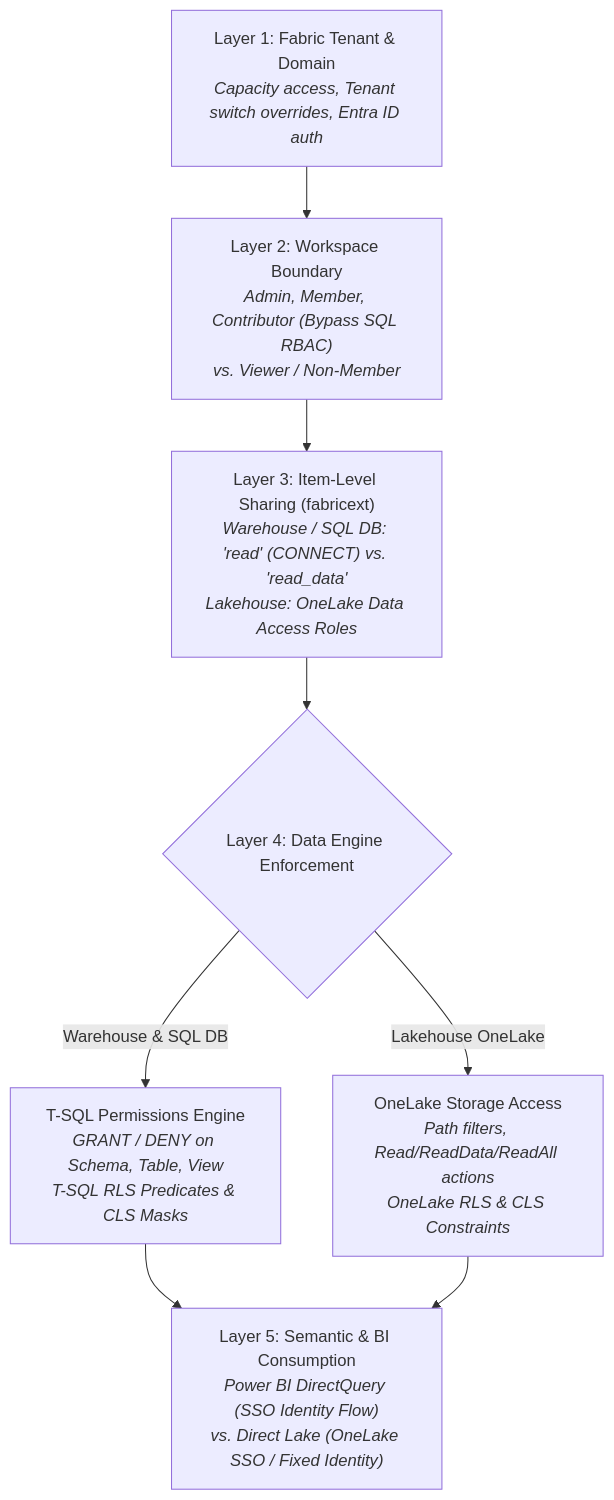
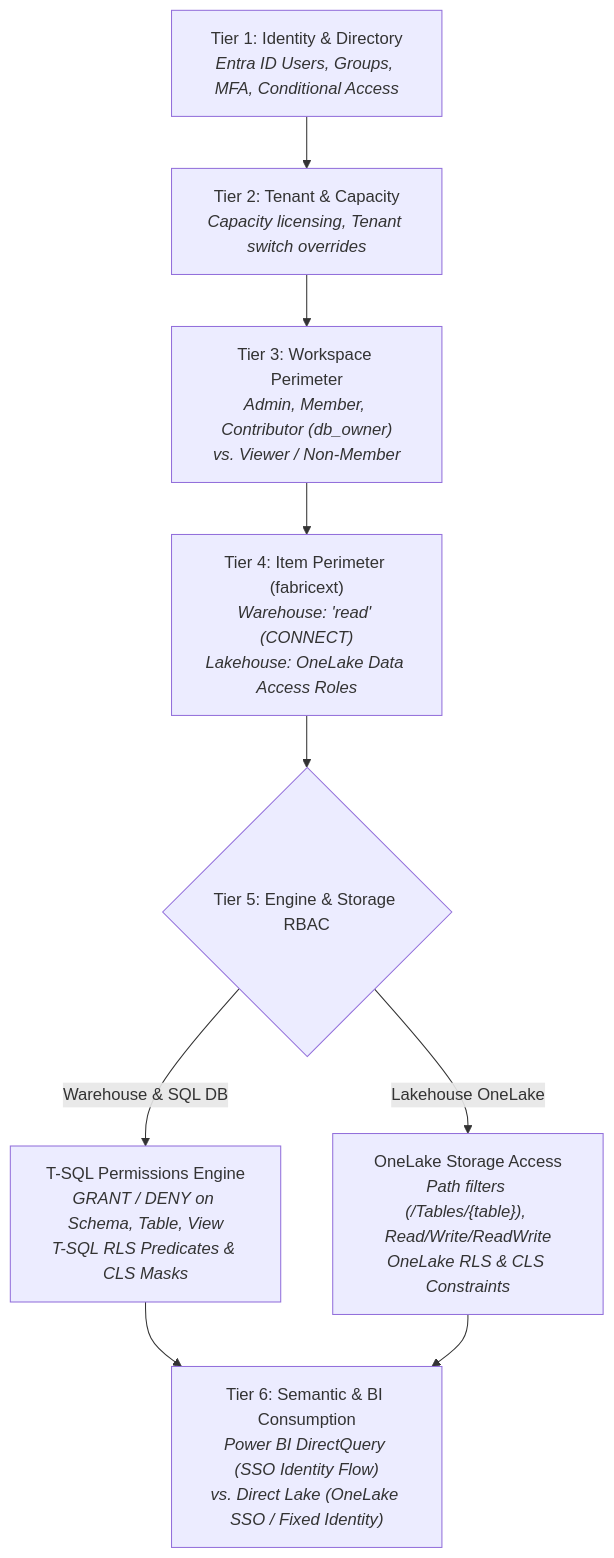
Before and after one commit to jambazid/terraform-provider-fabricext: the first of 2 diagrams in guides/granular_access_control.md, drawn with Mermaid. The commit also changed other lines of this file and 36 other files, not shown here.

First line of the commit message:
docs(guides): harden access control architecture and engine fidelity

````diff
--- a/guides/granular_access_control.md
+++ b/guides/granular_access_control.md
@@ -70,10 +71,11 @@
 ```mermaid
 flowchart TD
-    A["Layer 1: Fabric Tenant & Domain<br/><i>Capacity access, Tenant switch overrides, Entra ID auth</i>"] --> B["Layer 2: Workspace Boundary<br/><i>Admin, Member, Contributor (Bypass SQL RBAC)<br/>vs. Viewer / Non-Member</i>"]
-    B --> C["Layer 3: Item-Level Sharing (fabricext)<br/><i>Warehouse / SQL DB: 'read' (CONNECT) vs. 'read_data'<br/>Lakehouse: OneLake Data Access Roles</i>"]
-    C --> D{"Layer 4: Data Engine Enforcement"}
-    D -->|Warehouse & SQL DB| E["T-SQL Permissions Engine<br/><i>GRANT / DENY on Schema, Table, View<br/>T-SQL RLS Predicates & CLS Masks</i>"]
-    D -->|Lakehouse OneLake| F["OneLake Storage Access<br/><i>Path filters, Read/ReadData/ReadAll actions<br/>OneLake RLS & CLS Constraints</i>"]
-    E --> G["Layer 5: Semantic & BI Consumption<br/><i>Power BI DirectQuery (SSO Identity Flow)<br/>vs. Direct Lake (OneLake SSO / Fixed Identity)</i>"]
-    F --> G
+    A["Tier 1: Identity & Directory<br/><i>Entra ID Users, Groups, MFA, Conditional Access</i>"] --> B["Tier 2: Tenant & Capacity<br/><i>Capacity licensing, Tenant switch overrides</i>"]
+    B --> C["Tier 3: Workspace Perimeter<br/><i>Admin, Member, Contributor (db_owner)<br/>vs. Viewer / Non-Member</i>"]
+    C --> D["Tier 4: Item Perimeter (fabricext)<br/><i>Warehouse: 'read' (CONNECT)<br/>Lakehouse: OneLake Data Access Roles</i>"]
+    D --> E{"Tier 5: Engine & Storage RBAC"}
+    E -->|Warehouse & SQL DB| F["T-SQL Permissions Engine<br/><i>GRANT / DENY on Schema, Table, View<br/>T-SQL RLS Predicates & CLS Masks</i>"]
+    E -->|Lakehouse OneLake| G["OneLake Storage Access<br/><i>Path filters (/Tables/{table}), Read/Write/ReadWrite<br/>OneLake RLS & CLS Constraints</i>"]
+    F --> H["Tier 6: Semantic & BI Consumption<br/><i>Power BI DirectQuery (SSO Identity Flow)<br/>vs. Direct Lake (OneLake SSO / Fixed Identity)</i>"]
+    G --> H
 ```
````
